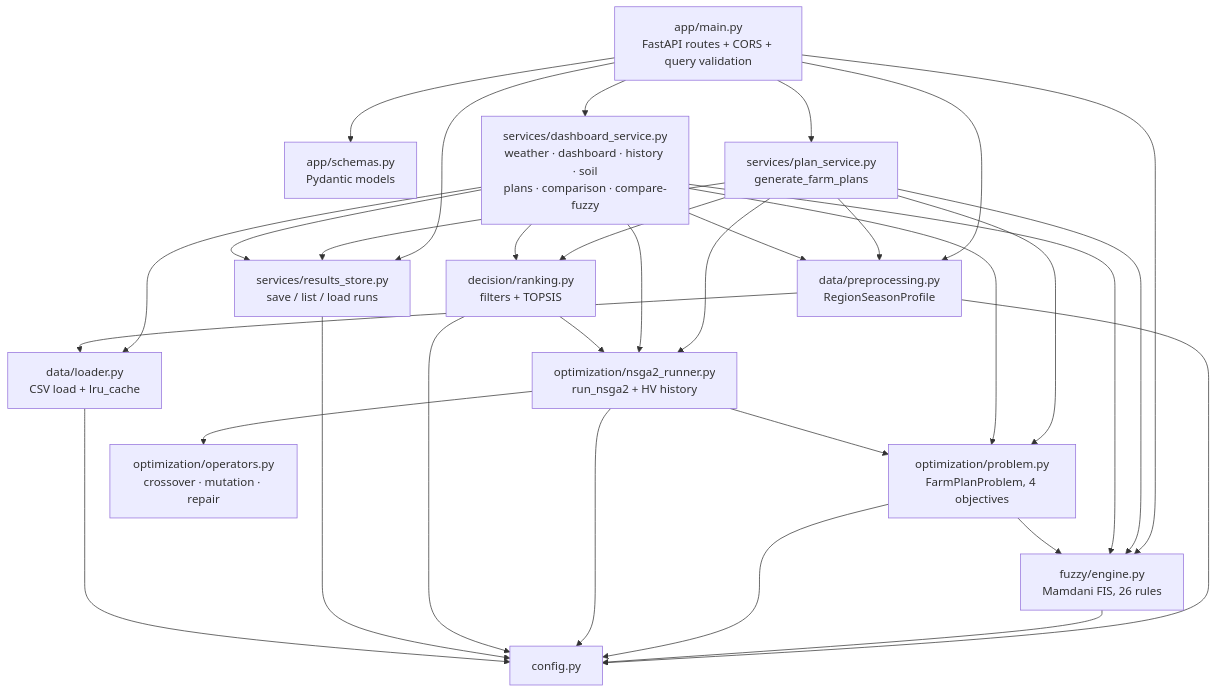
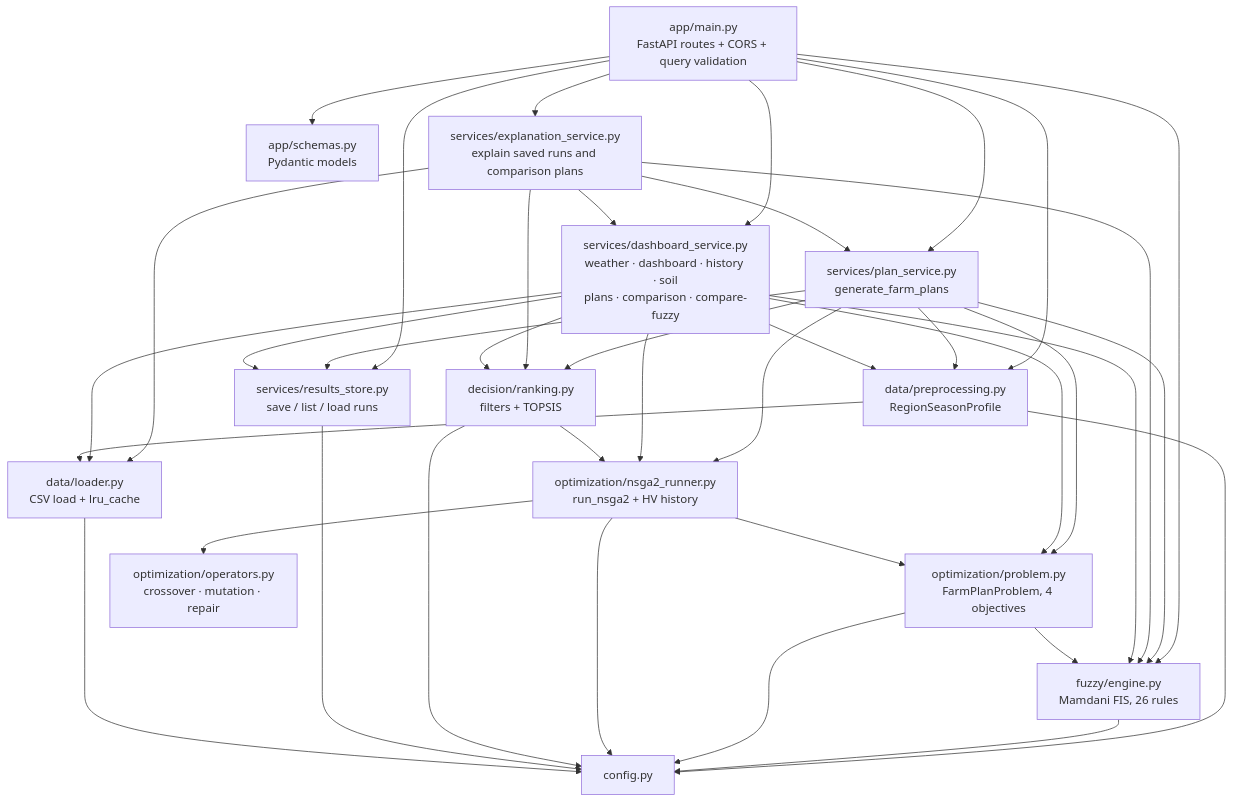
One commit to VamsiVarada-3632/AgroOptimize changed the second of 4 diagrams in docs/handbook/ARCHITECTURE.md. Above: the diagram before and after it, drawn with Mermaid. The commit also changed other lines of this file and 10 other files, not shown here.

````diff
--- a/docs/handbook/ARCHITECTURE.md
+++ b/docs/handbook/ARCHITECTURE.md
@@ -31,30 +31,33 @@
 ```mermaid
 flowchart TB
     main[app/main.py<br/>FastAPI routes + CORS + query validation]
     schemas[app/schemas.py<br/>Pydantic models]
     ps[services/plan_service.py<br/>generate_farm_plans]
     ds[services/dashboard_service.py<br/>weather · dashboard · history · soil<br/>plans · comparison · compare-fuzzy]
+    xs[services/explanation_service.py<br/>explain saved runs and comparison plans]
     rs[services/results_store.py<br/>save / list / load runs]
     pre[data/preprocessing.py<br/>RegionSeasonProfile]
     load[data/loader.py<br/>CSV load + lru_cache]
     fz[fuzzy/engine.py<br/>Mamdani FIS, 26 rules]
     prob[optimization/problem.py<br/>FarmPlanProblem, 4 objectives]
     ops[optimization/operators.py<br/>crossover · mutation · repair]
     run[optimization/nsga2_runner.py<br/>run_nsga2 + HV history]
     rank[decision/ranking.py<br/>filters + TOPSIS]
     cfg[config.py]
 
     main --> schemas
     main --> ps
     main --> ds
     main --> rs
     main --> pre
     main --> fz
     ps --> pre & fz & prob & run & rank & rs
+    main --> xs
+    xs --> ds & ps & rank & fz & load
     ds --> load & pre & fz & prob & run & rank & rs
     pre --> load
     run --> ops & prob
     prob --> fz
     rank --> run
     pre & fz & prob & run & rank & rs & load --> cfg
 ```
````
